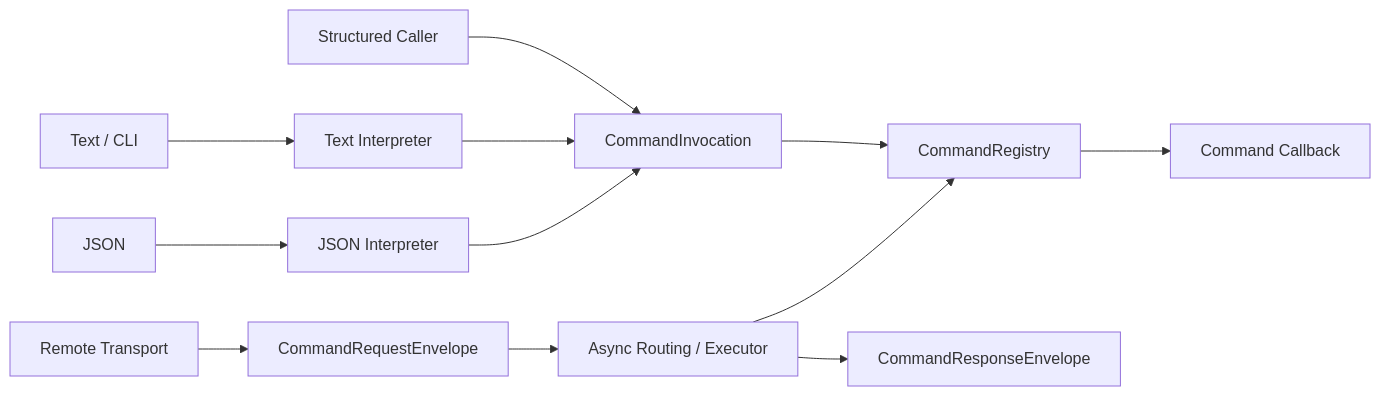
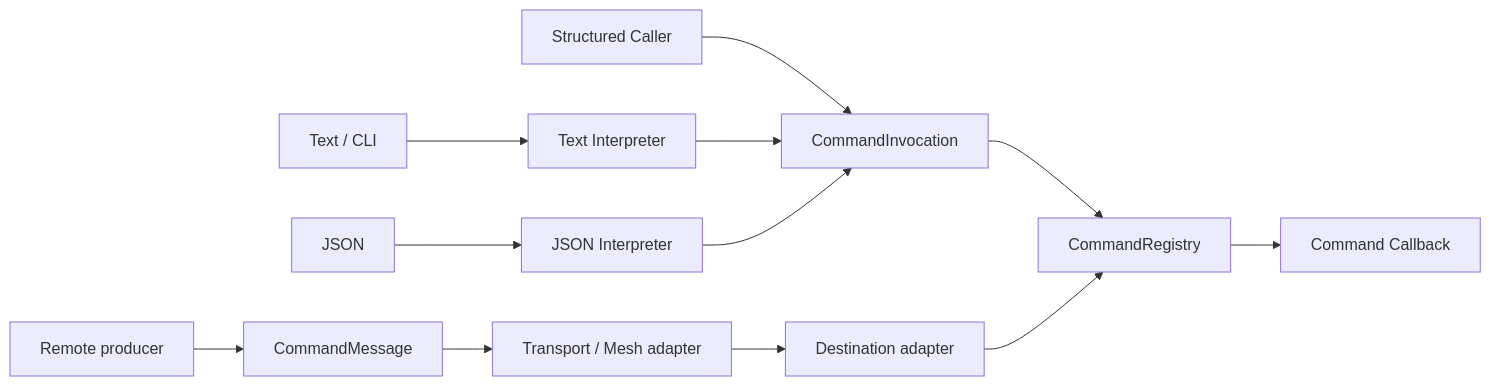
One commit to ESPressio-Development-Platform/ESPressio-Command changed the diagram in wiki/Home.md. Above: the diagram before and after it, drawn with Mermaid. The commit also changed other lines of this file, not shown here.

Commit message:
Remove obsolete Command RPC architecture from wiki home

````diff
--- a/wiki/Home.md
+++ b/wiki/Home.md
@@ -11,15 +11,15 @@
 ```mermaid
 graph LR
   TEXT[Text / CLI] --> TI[Text Interpreter]
   JSON[JSON] --> JI[JSON Interpreter]
   STRUCT[Structured Caller] --> INV[CommandInvocation]
   TI --> INV
   JI --> INV
   INV --> REG[CommandRegistry]
   REG --> CB[Command Callback]
 
-  REMOTE[Remote Transport] --> ENV[CommandRequestEnvelope]
-  ENV --> ROUTE[Async Routing / Executor]
-  ROUTE --> REG
-  ROUTE --> RESP[CommandResponseEnvelope]
+  PRODUCER[Remote producer] --> MSG[CommandMessage]
+  MSG --> TX[Transport / Mesh adapter]
+  TX --> RX[Destination adapter]
+  RX --> REG
 ```
````
